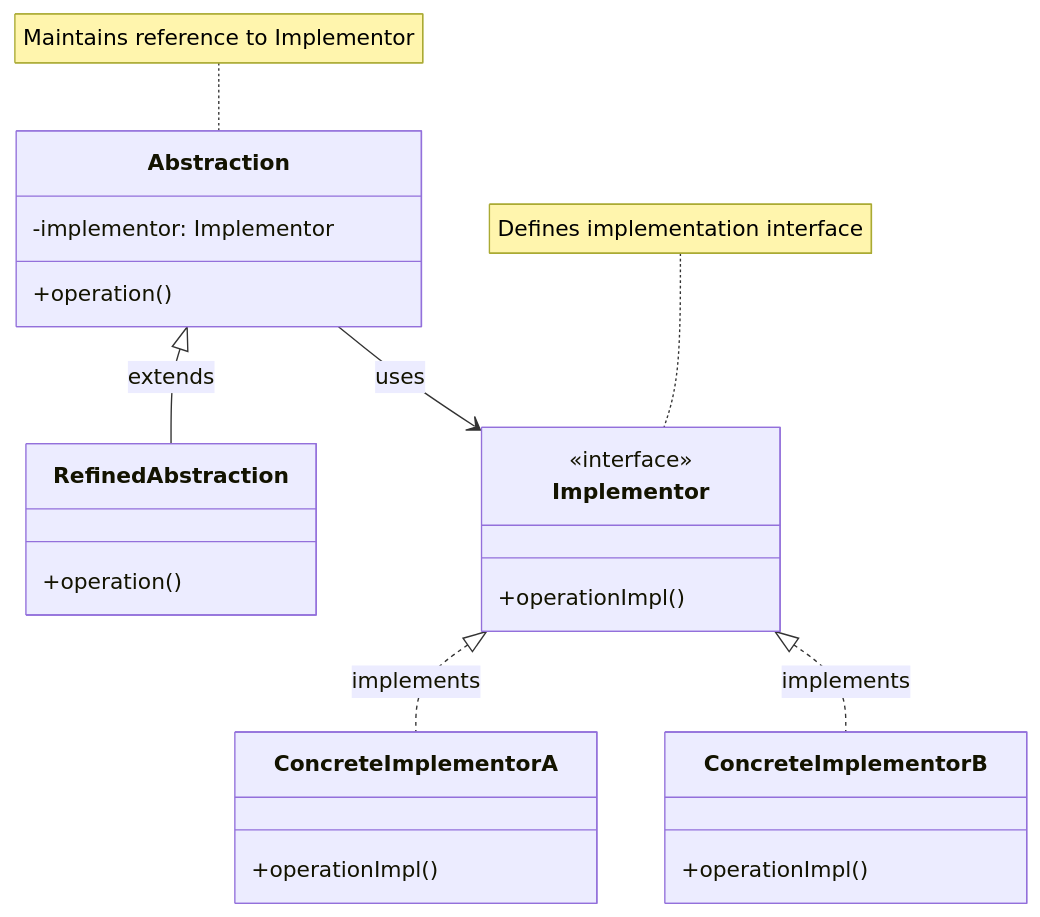
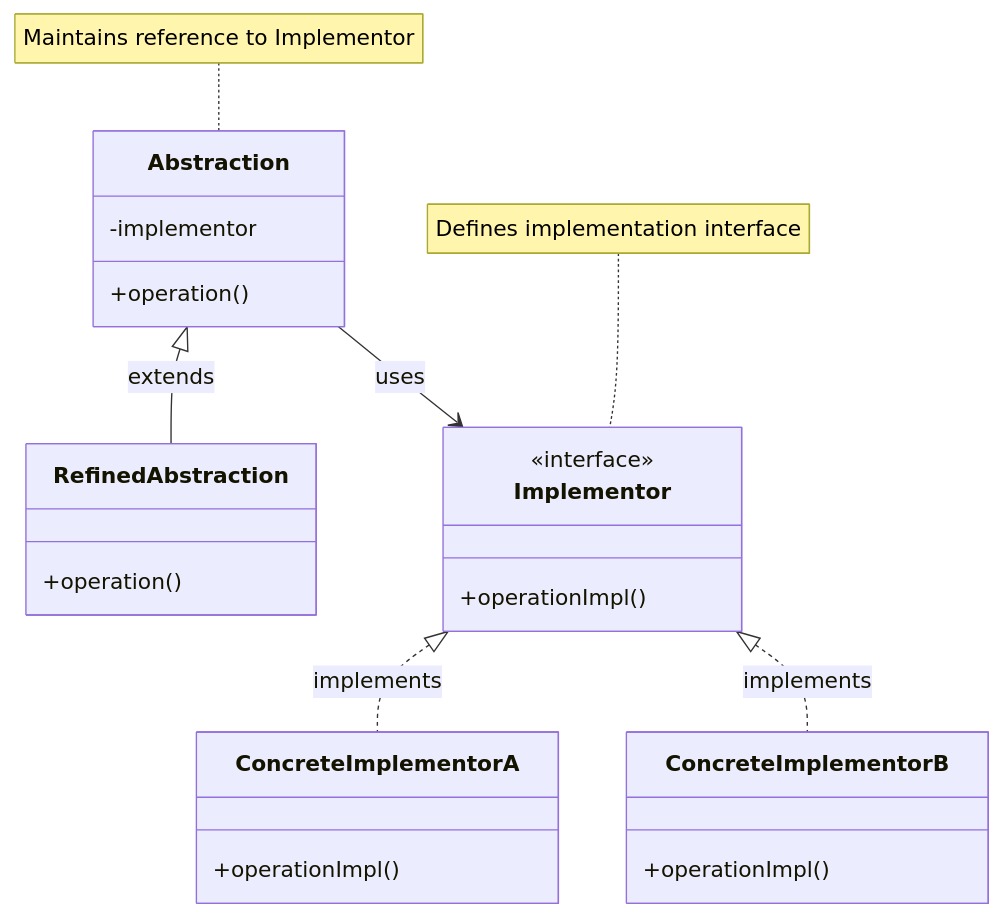
The first of 2 diagrams in resources/design-patterns/laravel/structural/bridge_en.md (fanly/DesignPattern), drawn with Mermaid before and after one commit. The commit also changed 17 other files, not shown here.

````diff
--- a/resources/design-patterns/laravel/structural/bridge_en.md
+++ b/resources/design-patterns/laravel/structural/bridge_en.md
@@ -11,32 +11,32 @@
 ```mermaid
 classDiagram
     class Abstraction {
-        -implementor: Implementor
+        -implementor
         +operation()
     }
     
     class RefinedAbstraction {
         +operation()
     }
     
     class Implementor {
         <<interface>>
         +operationImpl()
     }
     
     class ConcreteImplementorA {
         +operationImpl()
     }
     
     class ConcreteImplementorB {
         +operationImpl()
     }
     
     Abstraction <|-- RefinedAbstraction : extends
     Abstraction --> Implementor : uses
     Implementor <|.. ConcreteImplementorA : implements
     Implementor <|.. ConcreteImplementorB : implements
     
     note for Abstraction "Maintains reference to Implementor"
     note for Implementor "Defines implementation interface"
 ```
````
